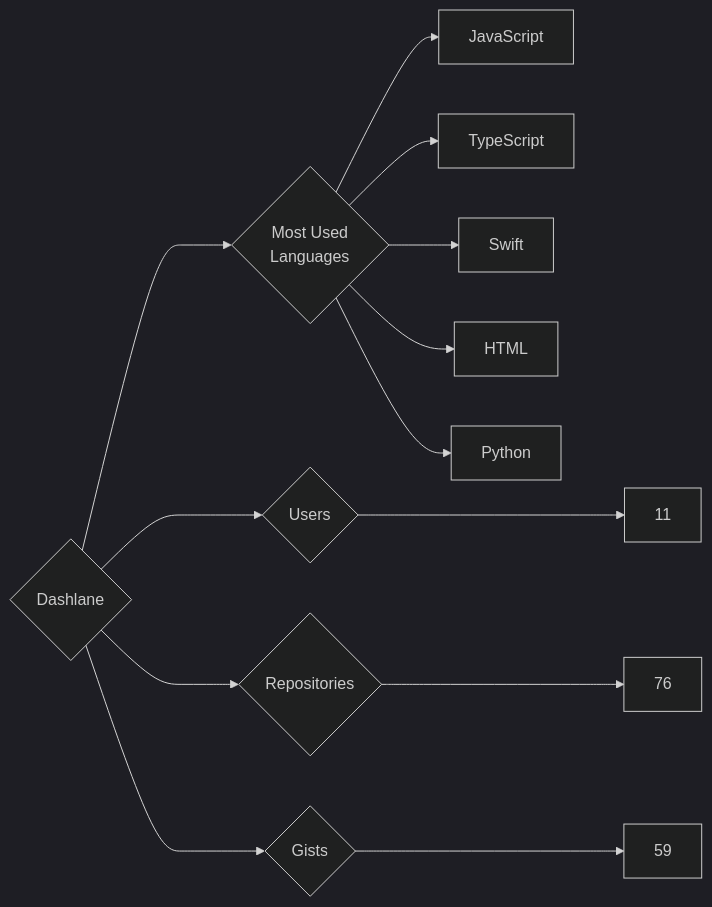
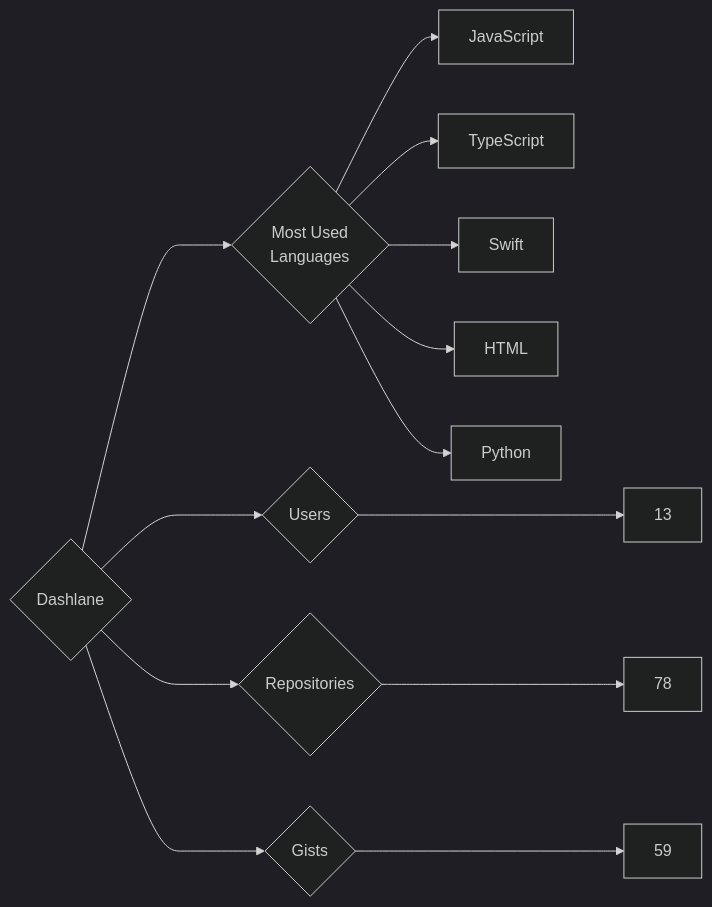
One commit to trickest/insiders changed the diagram in targets/Dashlane/README.md. Above: the diagram before and after it, drawn with Mermaid (dark theme). The commit also changed 1020 other files, not shown here.

````diff
--- a/targets/Dashlane/README.md
+++ b/targets/Dashlane/README.md
@@ -3,13 +3,13 @@
 ```mermaid
 graph LR
 COMPANY_NAME{Dashlane}
-COMPANY_NAME ---> U{Users} ---> UN[11]
-COMPANY_NAME ---> R{Repositories} ---> RN[76]
+COMPANY_NAME ---> U{Users} ---> UN[13]
+COMPANY_NAME ---> R{Repositories} ---> RN[78]
 COMPANY_NAME ---> G{Gists} ---> GN[59]
 COMPANY_NAME ---> ML{Most Used<br>Languages}
 ML --> JavaScript[JavaScript]
 ML --> TypeScript[TypeScript]
 ML --> Swift[Swift]
 ML --> HTML[HTML]
 ML --> Python[Python]
 ```
````
